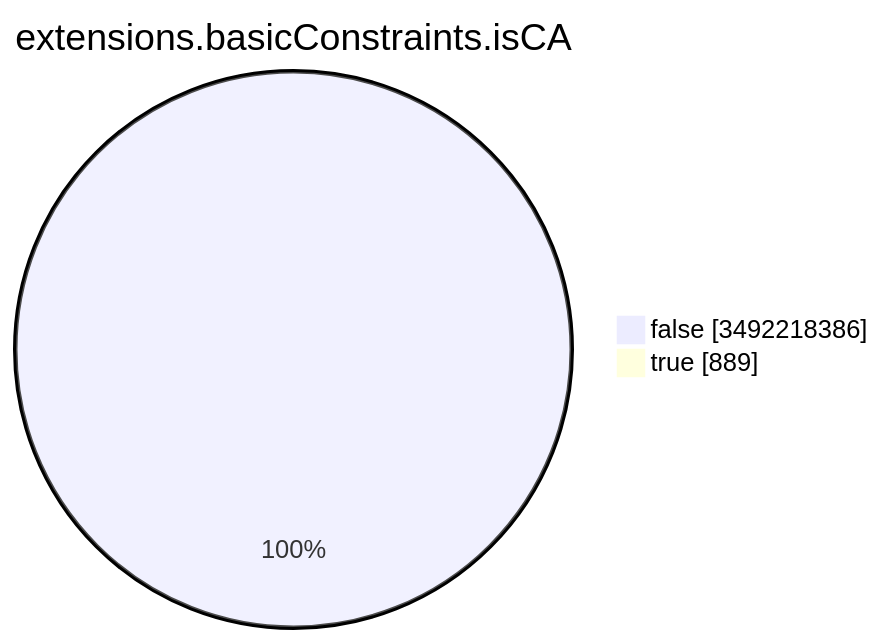
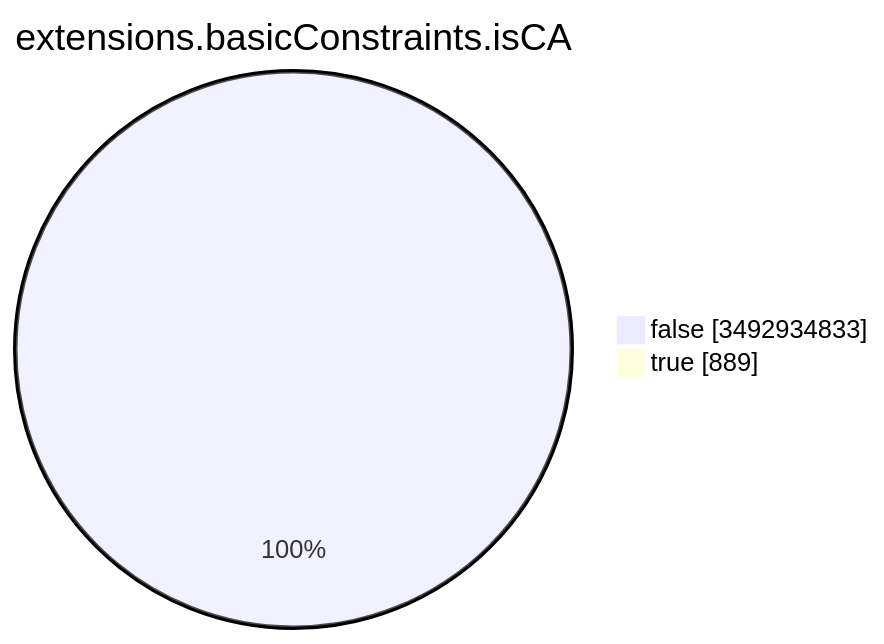
One commit to christiankrug/ctmonitor_visualization changed the seventh of 15 diagrams in TOTAL/README.md. Above: the diagram before and after it, drawn with Mermaid. The commit also changed other lines of this file, not shown here.

````diff
--- a/TOTAL/README.md
+++ b/TOTAL/README.md
@@ -3093,6 +3093,6 @@
 ```mermaid
 pie showData
 title extensions.basicConstraints.isCA
-"false" :3492218386
+"false" :3492934833
 "true" :889
 ```
````
